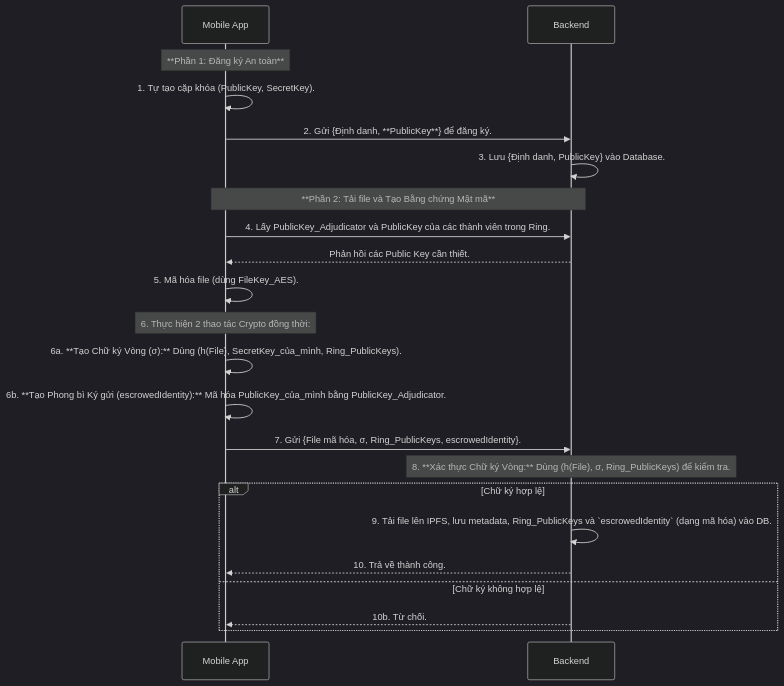
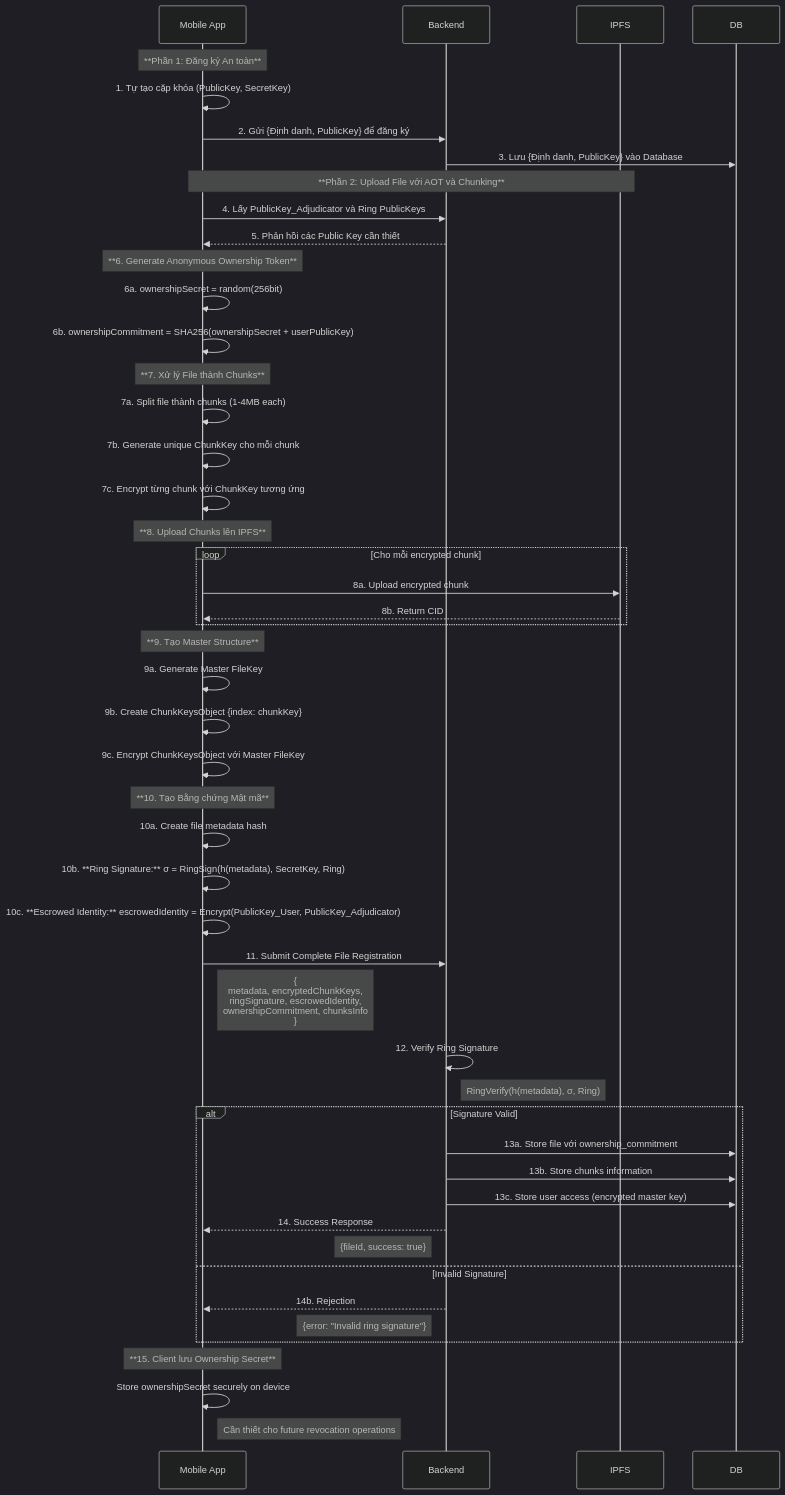
The second of 5 diagrams in New_Thesis.md (nguyenphuc22/ipfs-sandbox), drawn with Mermaid (dark theme) before and after one commit. The commit also changed other lines of this file and 2 other files, not shown here.

Commit message:
Revise New_Thesis.md to enhance clarity on cryptographic concepts and system architecture; add detailed operational flows and technical explanations for improved understanding. Introduce Summary.md and SummaryScript.md for presentation content and detailed script.

````diff
--- a/New_Thesis.md
+++ b/New_Thesis.md
@@ -50,33 +228,64 @@
 ```mermaid
 sequenceDiagram
-    participant User as Mobile App
+    participant Client as Mobile App
     participant Backend
+    participant IPFS
+    participant DB
 
-    %% Registration
-    note over User: **Phần 1: Đăng ký An toàn**
-    User->>User: 1. Tự tạo cặp khóa (PublicKey, SecretKey).
-    User->>Backend: 2. Gửi {Định danh, **PublicKey**} để đăng ký.
-    Backend->>Backend: 3. Lưu {Định danh, PublicKey} vào Database.
+    %% Registration (Unchanged)
+    note over Client: **Phần 1: Đăng ký An toàn**
+    Client->>Client: 1. Tự tạo cặp khóa (PublicKey, SecretKey)
+    Client->>Backend: 2. Gửi {Định danh, PublicKey} để đăng ký
+    Backend->>DB: 3. Lưu {Định danh, PublicKey} vào Database
 
-    %% Upload
-    note over User, Backend: **Phần 2: Tải file và Tạo Bằng chứng Mật mã**
-    User->>Backend: 4. Lấy PublicKey_Adjudicator và PublicKey của các thành viên trong Ring.
-    Backend-->>User: Phản hồi các Public Key cần thiết.
+    %% Upload Process với AOT
+    note over Client, IPFS: **Phần 2: Upload File với AOT và Chunking**
+    Client->>Backend: 4. Lấy PublicKey_Adjudicator và Ring PublicKeys
+    Backend-->>Client: 5. Phản hồi các Public Key cần thiết
 
-    User->>User: 5. Mã hóa file (dùng FileKey_AES).
+    note over Client: **6. Generate Anonymous Ownership Token**
+    Client->>Client: 6a. ownershipSecret = random(256bit)
+    Client->>Client: 6b. ownershipCommitment = SHA256(ownershipSecret + userPublicKey)
     
-    note over User: 6. Thực hiện 2 thao tác Crypto đồng thời:
-    User->>User: 6a. **Tạo Chữ ký Vòng (σ):** Dùng (h(File), SecretKey_của_mình, Ring_PublicKeys).
-    User->>User: 6b. **Tạo Phong bì Ký gửi (escrowedIdentity):** Mã hóa PublicKey_của_mình bằng PublicKey_Adjudicator.
+    note over Client: **7. Xử lý File thành Chunks**
+    Client->>Client: 7a. Split file thành chunks (1-4MB each)
+    Client->>Client: 7b. Generate unique ChunkKey cho mỗi chunk
+    Client->>Client: 7c. Encrypt từng chunk với ChunkKey tương ứng
 
-    User->>Backend: 7. Gửi {File mã hóa, σ, Ring_PublicKeys, escrowedIdentity}.
+    note over Client: **8. Upload Chunks lên IPFS**
+    loop Cho mỗi encrypted chunk
+        Client->>IPFS: 8a. Upload encrypted chunk
+        IPFS-->>Client: 8b. Return CID
+    end
+
+    note over Client: **9. Tạo Master Structure**
+    Client->>Client: 9a. Generate Master FileKey
+    Client->>Client: 9b. Create ChunkKeysObject {index: chunkKey}
+    Client->>Client: 9c. Encrypt ChunkKeysObject với Master FileKey
+
+    note over Client: **10. Tạo Bằng chứng Mật mã**
+    Client->>Client: 10a. Create file metadata hash
+    Client->>Client: 10b. **Ring Signature:** σ = RingSign(h(metadata), SecretKey, Ring)
+    Client->>Client: 10c. **Escrowed Identity:** escrowedIdentity = Encrypt(PublicKey_User, PublicKey_Adjudicator)
+
+    Client->>Backend: 11. Submit Complete File Registration
+    note right of Client: {<br/>  metadata, encryptedChunkKeys,<br/>  ringSignature, escrowedIdentity,<br/>  ownershipCommitment, chunksInfo<br/>}
+
+    Backend->>Backend: 12. Verify Ring Signature
+    note right of Backend: RingVerify(h(metadata), σ, Ring)
+
+    alt Signature Valid
+        Backend->>DB: 13a. Store file với ownership_commitment
+        Backend->>DB: 13b. Store chunks information  
+        Backend->>DB: 13c. Store user access (encrypted master key)
+        Backend-->>Client: 14. Success Response
+        note left of Backend: {fileId, success: true}
+    else Invalid Signature
+        Backend-->>Client: 14b. Rejection
+        note left of Backend: {error: "Invalid ring signature"}
+    end
     
-    note over Backend: 8. **Xác thực Chữ ký Vòng:** Dùng (h(File), σ, Ring_PublicKeys) để kiểm tra.
-    
-    alt Chữ ký hợp lệ
-        Backend->>Backend: 9. Tải file lên IPFS, lưu metadata, Ring_PublicKeys và `escrowedIdentity` (dạng mã hóa) vào DB.
-        Backend-->>User: 10. Trả về thành công.
-    else Chữ ký không hợp lệ
-        Backend-->>User: 10b. Từ chối.
-    end
+    note over Client: **15. Client lưu Ownership Secret**
+    Client->>Client: Store ownershipSecret securely on device
+    note right of Client: Cần thiết cho future revocation operations
 ```
````
